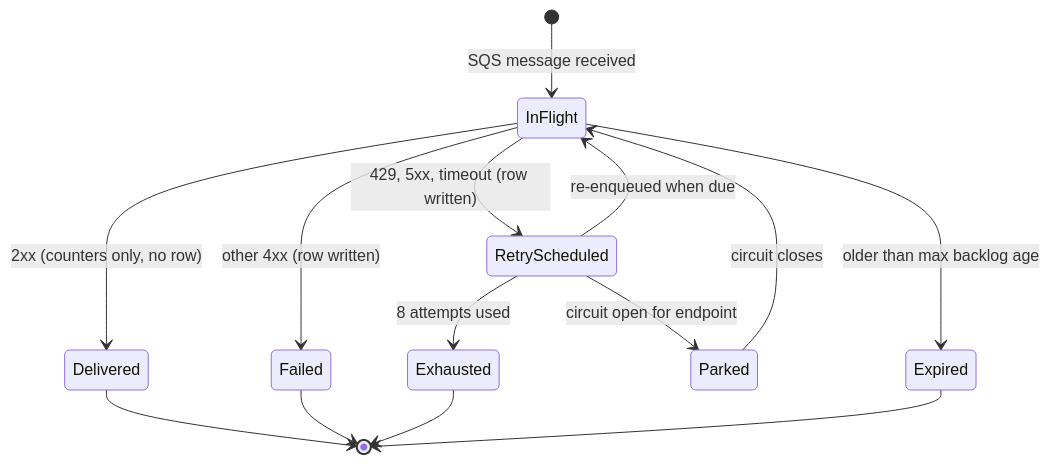
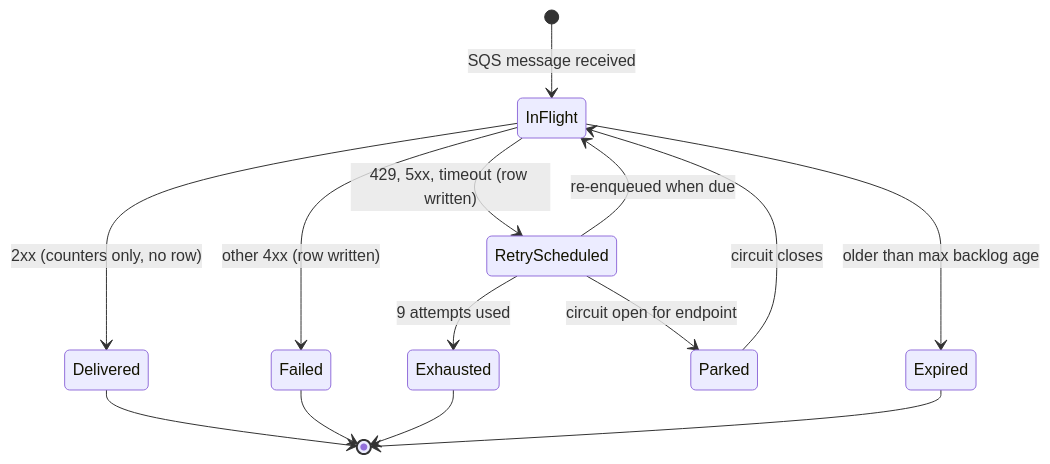
One commit to twobudgies/WebhookGateway changed the fourth of 7 diagrams in docs/architecture.md. Above: the diagram before and after it, drawn with Mermaid. The commit also changed other lines of this file and 25 other files, not shown here.

````diff
--- a/docs/architecture.md
+++ b/docs/architecture.md
@@ -151,16 +151,16 @@
 ```mermaid
 stateDiagram-v2
   [*] --> InFlight: SQS message received
   InFlight --> Delivered: 2xx (counters only, no row)
   InFlight --> RetryScheduled: 429, 5xx, timeout (row written)
   RetryScheduled --> InFlight: re-enqueued when due
   InFlight --> Failed: other 4xx (row written)
-  RetryScheduled --> Exhausted: 8 attempts used
+  RetryScheduled --> Exhausted: 9 attempts used
   RetryScheduled --> Parked: circuit open for endpoint
   Parked --> InFlight: circuit closes
   InFlight --> Expired: older than max backlog age
   Delivered --> [*]
   Failed --> [*]
   Exhausted --> [*]
   Expired --> [*]
 ```
````
